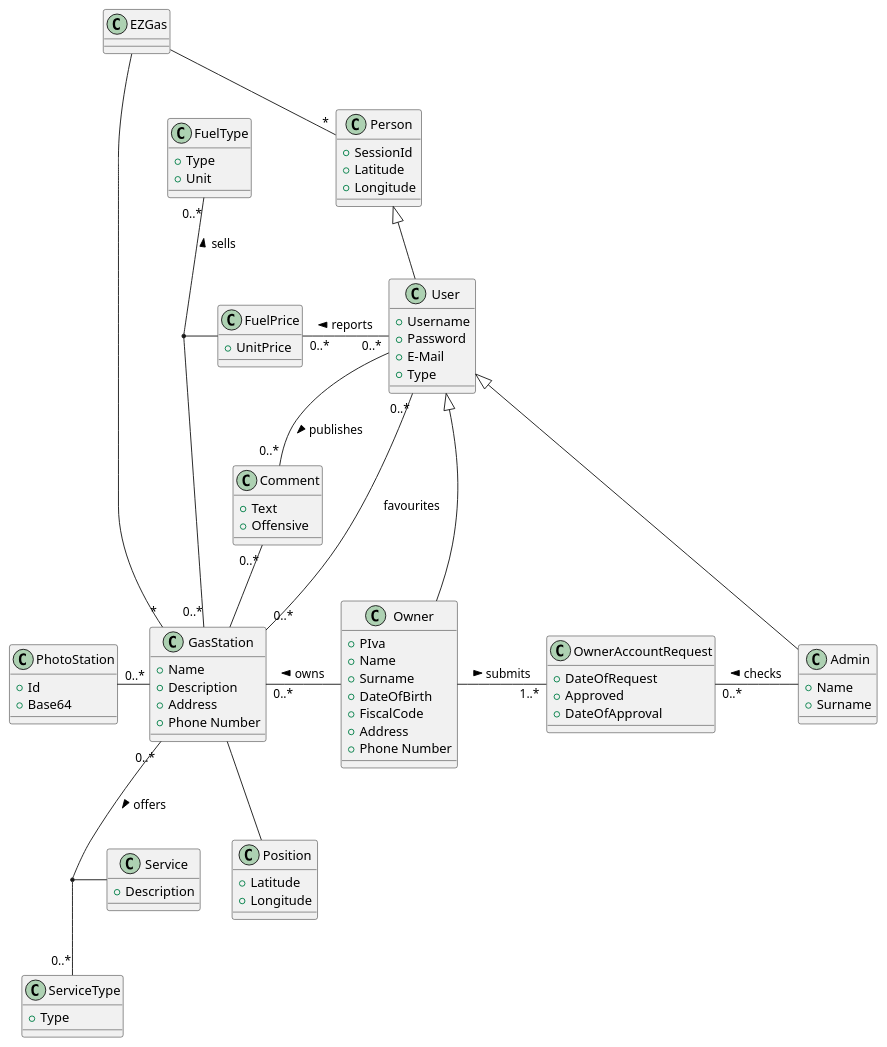
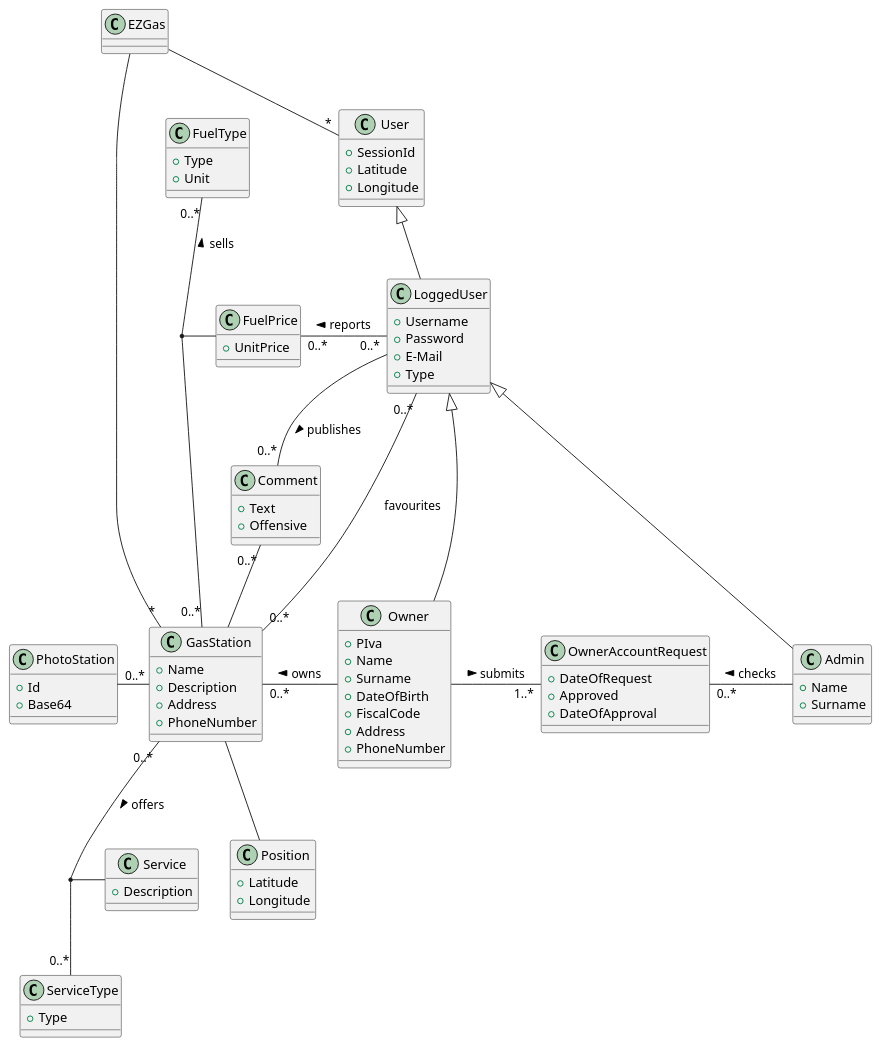
The third of 5 diagrams in docs/RequirementsDocument.md (polito-se2-2020-team6/ezgas), drawn with PlantUML before and after one commit. The commit also changed other lines of this file, not shown here.

```diff
--- a/docs/RequirementsDocument.md
+++ b/docs/RequirementsDocument.md
@@ -640,12 +640,12 @@
 @startuml
 
 class EZGas
-class Person {
+class User {
 	+ SessionId
 	+ Latitude
 	+ Longitude
 }
-class User {
+class LoggedUser {
 	+ Username
 	+ Password
 	+ E-Mail
@@ -658,7 +658,7 @@
 	+ DateOfBirth
 	+ FiscalCode
 	+ Address
-	+ Phone Number
+	+ PhoneNumber
 }
 class Admin {
 	+ Name
@@ -668,7 +668,7 @@
 	+ Name
 	+ Description
 	+ Address
-	+ Phone Number
+	+ PhoneNumber
 }
 class FuelType {
 	+ Type
@@ -701,17 +701,17 @@
 	+ DateOfApproval
 }
 
-Person "*" -up- EZGas
+User "*" -up- EZGas
 GasStation "*" -up- EZGas
 
-Person <|-down- User
-User <|-down- Owner
-User <|-down- Admin
+User <|-down- LoggedUser
+LoggedUser <|-down- Owner
+LoggedUser <|-down- Admin
 
 Owner -left- "0..*" GasStation :"> owns"
 
-User "0..*" -down- "0..*" GasStation :"favourites"
-User "0..*" -left- "0..*" FuelPrice :"> reports"
+LoggedUser "0..*" -down- "0..*" GasStation :"favourites"
+LoggedUser "0..*" -left- "0..*" FuelPrice :"> reports"
 
 GasStation -down- Position
 GasStation "0..*" -down- "0..*" ServiceType :"> offers"
@@ -722,7 +722,7 @@
 
 PhotoStation "0..*" -right- GasStation
 
-User -down- "0..*" Comment :"> publishes"
+LoggedUser -down- "0..*" Comment :"> publishes"
 Comment "0..*" -down- GasStation
 
 Owner -right- "1..*" OwnerAccountRequest :"> submits"
```
